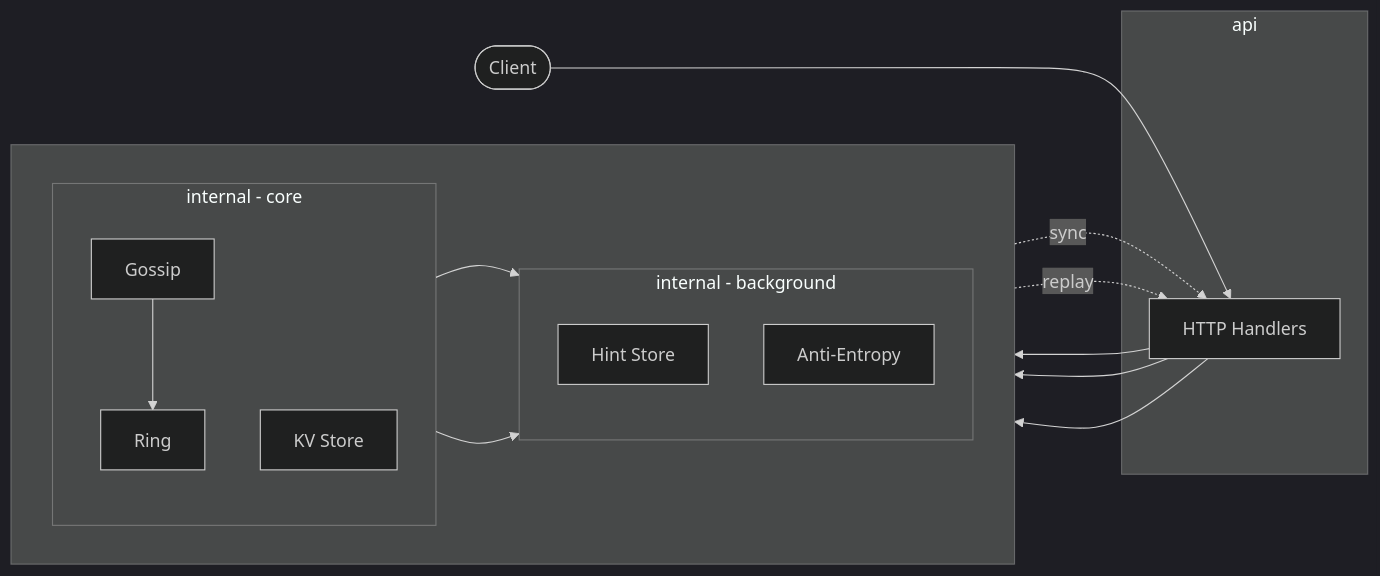
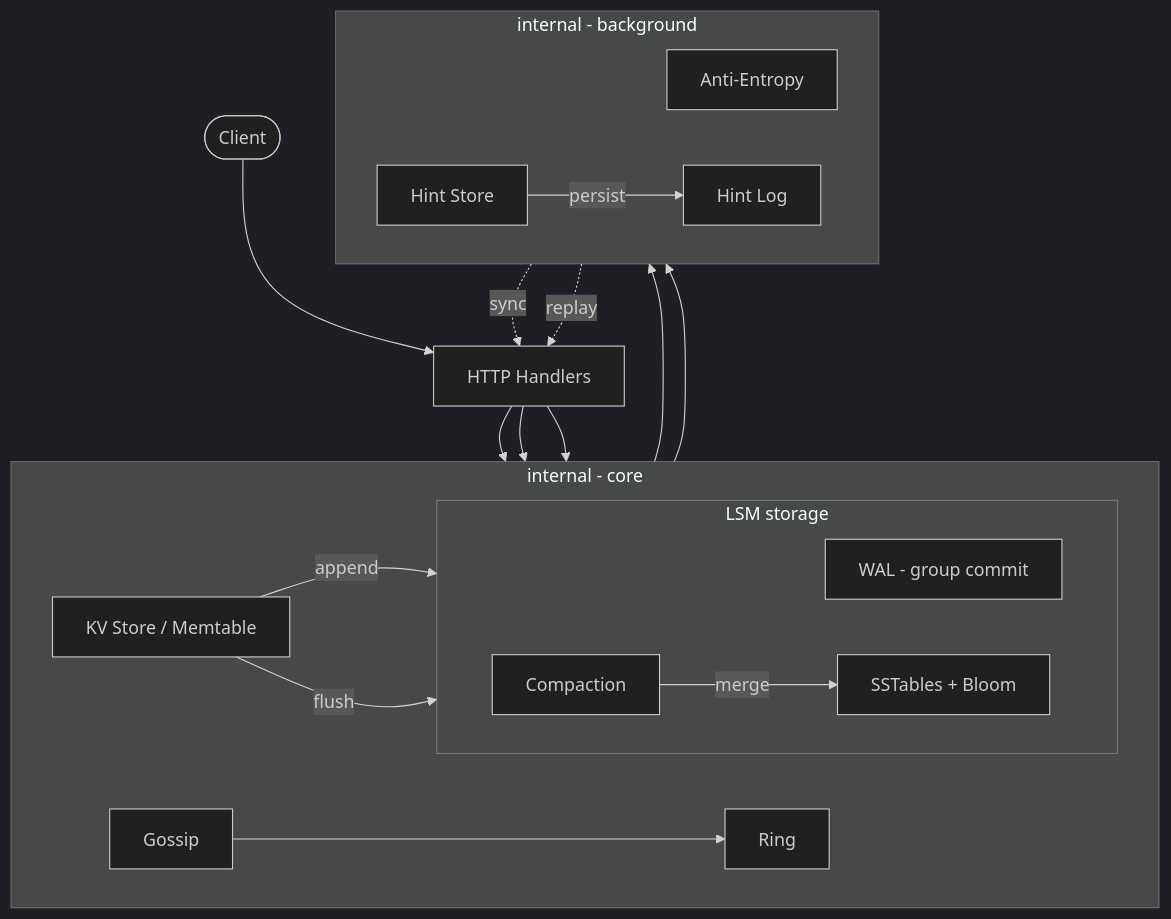
The diagram in README.md (colingraydon/Continuum), drawn with Mermaid (dark theme) before and after one commit. The commit also changed other lines of this file and 13 other files, not shown here.

First line of the commit message:
feat: group commit, persist hint store (#50)

````diff
--- a/README.md
+++ b/README.md
@@ -19,33 +19,40 @@
 ```mermaid
-flowchart LR
-    Client([Client])
+flowchart TB
+    Client([Client]) --> HTTP[HTTP Handlers]
 
-    subgraph api [api]
-        HTTP[HTTP Handlers]
-    end
-
-    subgraph internals [ ]
+    subgraph core [internal - core]
         direction LR
-        subgraph core [internal - core]
-            direction TB
-            Gossip[Gossip]
-            Ring[Ring]
-            Store[KV Store]
-        end
-        subgraph bg [internal - background]
-            direction TB
-            HH[Hint Store]
-            AE[Anti-Entropy]
+        Ring[Ring]
+        Gossip[Gossip]
+        Store[KV Store / Memtable]
+        subgraph storage [LSM storage]
+            direction LR
+            WAL[WAL - group commit]
+            SST[SSTables + Bloom]
+            Compact[Compaction]
         end
     end
 
-    Client --> HTTP
+    subgraph bg [internal - background]
+        direction LR
+        AE[Anti-Entropy]
+        HH[Hint Store]
+        HintLog[Hint Log]
+    end
+
+    HTTP --> Ring
     HTTP --> Gossip
-    HTTP --> Ring
     HTTP --> Store
     Gossip --> Ring
+
+    Store -->|append| WAL
+    Store -->|flush| SST
+    Compact -->|merge| SST
+
     Gossip --> HH
     Store --> AE
+    HH -->|persist| HintLog
+
     AE -.->|sync| HTTP
     HH -.->|replay| HTTP
 ```
````
